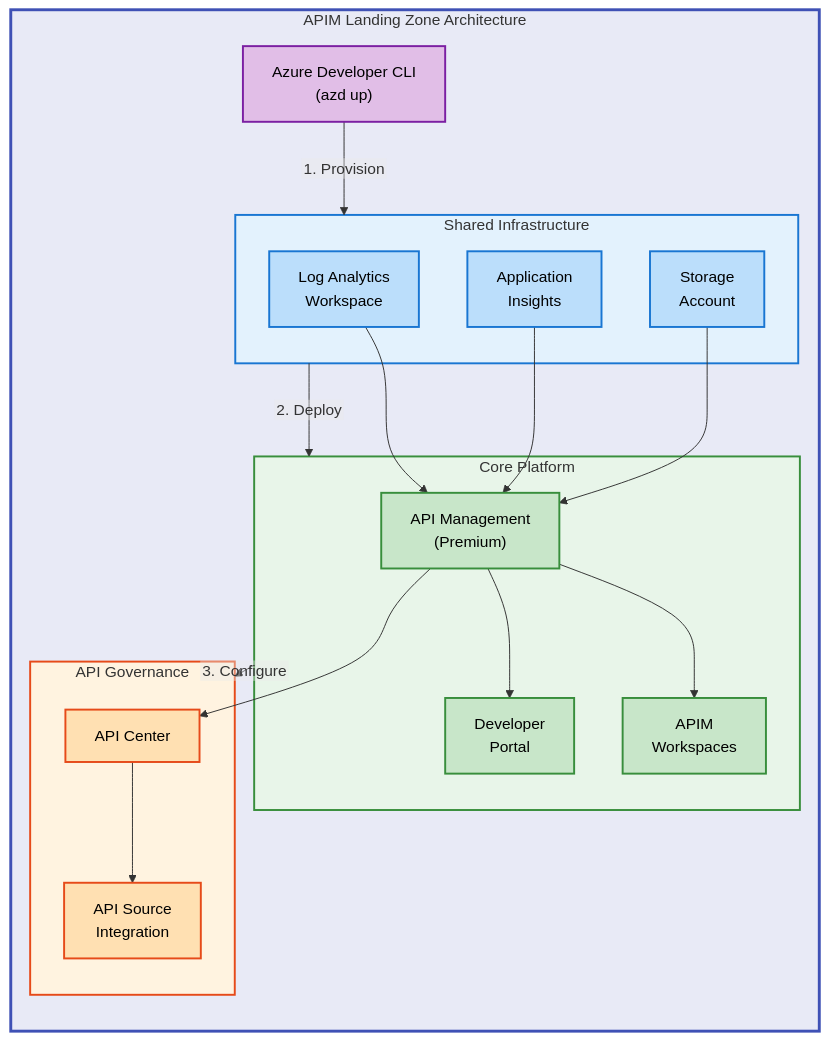
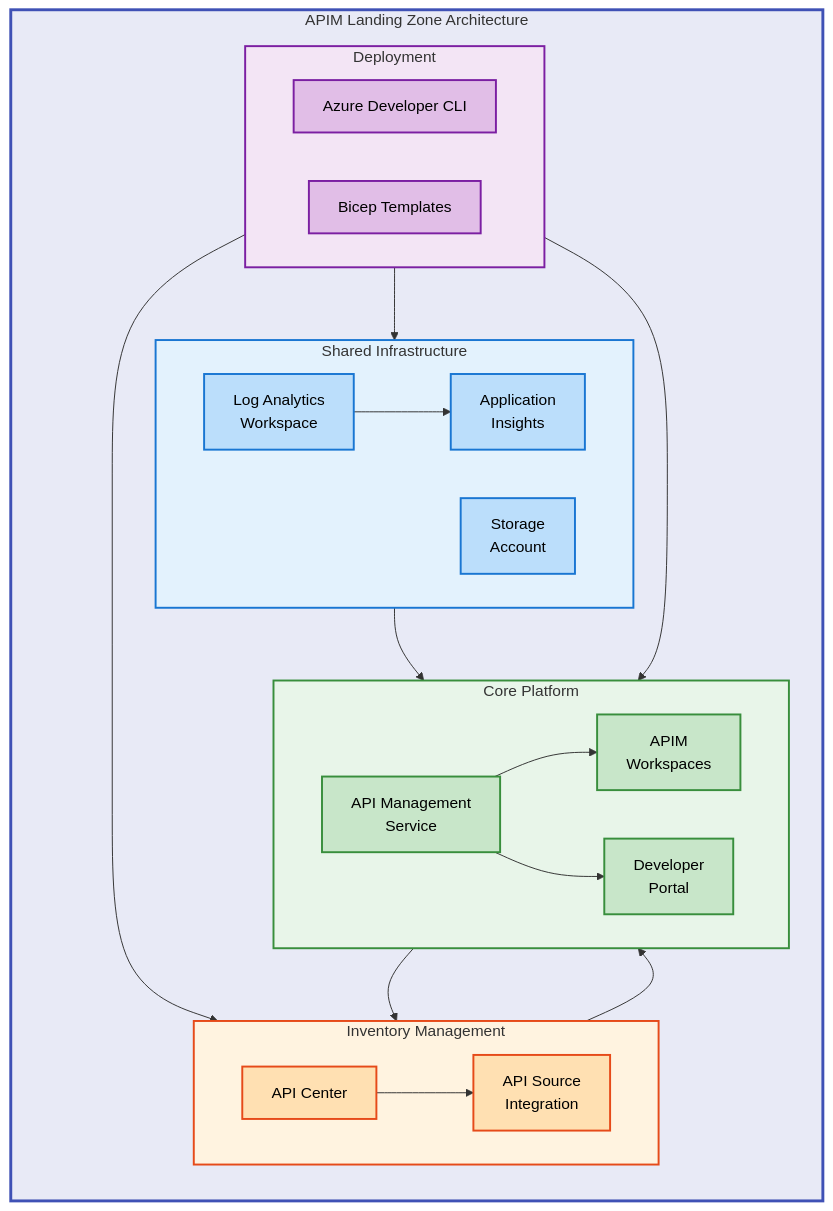
The diagram in README.md (Evilazaro/APIM-Accelerator), drawn with Mermaid before and after one commit. The commit also changed other lines of this file, not shown here.

Commit message:
Refactor README.md for clarity and consistency; update architecture description and enhance component overview

````diff
--- a/README.md
+++ b/README.md
@@ -38,49 +36,57 @@
 ```mermaid
 %%{init: {"flowchart": {"htmlLabels": false}} }%%
 flowchart TB
     classDef mainGroup fill:#E8EAF6,stroke:#3F51B5,stroke-width:3px,color:#000
     classDef mdBlue fill:#BBDEFB,stroke:#1976D2,stroke-width:2px,color:#000
     classDef mdGreen fill:#C8E6C9,stroke:#388E3C,stroke-width:2px,color:#000
     classDef mdOrange fill:#FFE0B2,stroke:#E64A19,stroke-width:2px,color:#000
     classDef mdPurple fill:#E1BEE7,stroke:#7B1FA2,stroke-width:2px,color:#000
 
     subgraph system["APIM Landing Zone Architecture"]
         direction TB
 
         subgraph shared["Shared Infrastructure"]
-            law["Log Analytics<br/>Workspace"]:::mdBlue
-            ai["Application<br/>Insights"]:::mdBlue
+            direction LR
+            logAnalytics["Log Analytics<br/>Workspace"]:::mdBlue
+            appInsights["Application<br/>Insights"]:::mdBlue
             storage["Storage<br/>Account"]:::mdBlue
         end
 
         subgraph core["Core Platform"]
-            apim["API Management<br/>(Premium)"]:::mdGreen
+            direction LR
+            apim["API Management<br/>Service"]:::mdGreen
             workspaces["APIM<br/>Workspaces"]:::mdGreen
-            portal["Developer<br/>Portal"]:::mdGreen
+            devPortal["Developer<br/>Portal"]:::mdGreen
         end
 
-        subgraph inventory["API Governance"]
-            apicenter["API Center"]:::mdOrange
-            apisource["API Source<br/>Integration"]:::mdOrange
+        subgraph inventory["Inventory Management"]
+            direction LR
+            apiCenter["API Center"]:::mdOrange
+            apiSource["API Source<br/>Integration"]:::mdOrange
         end
 
-        azd["Azure Developer CLI<br/>(azd up)"]:::mdPurple
+        subgraph deployment["Deployment"]
+            direction LR
+            azd["Azure Developer CLI"]:::mdPurple
+            bicep["Bicep Templates"]:::mdPurple
+        end
 
-        azd -->|"1. Provision"| shared
-        shared -->|"2. Deploy"| core
-        core -->|"3. Configure"| inventory
+        shared --> core
+        core --> inventory
+        deployment --> shared
+        deployment --> core
+        deployment --> inventory
 
-        law --> apim
-        ai --> apim
-        storage --> apim
+        logAnalytics --> appInsights
         apim --> workspaces
-        apim --> portal
-        apim --> apicenter
-        apicenter --> apisource
+        apim --> devPortal
+        apiCenter --> apiSource
+        apiSource --> apim
     end
 
     style system fill:#E8EAF6,stroke:#3F51B5,stroke-width:3px
     style shared fill:#E3F2FD,stroke:#1976D2,stroke-width:2px
     style core fill:#E8F5E9,stroke:#388E3C,stroke-width:2px
     style inventory fill:#FFF3E0,stroke:#E64A19,stroke-width:2px
+    style deployment fill:#F3E5F5,stroke:#7B1FA2,stroke-width:2px
 ```
````
